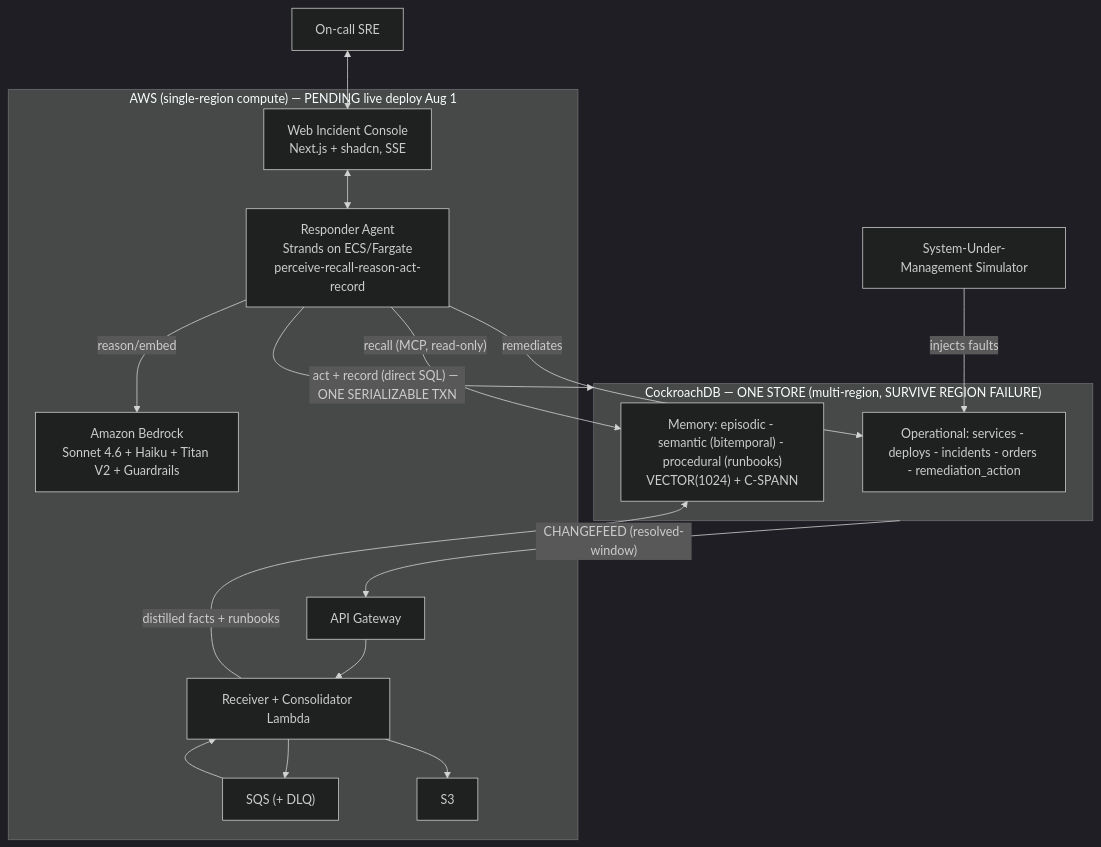
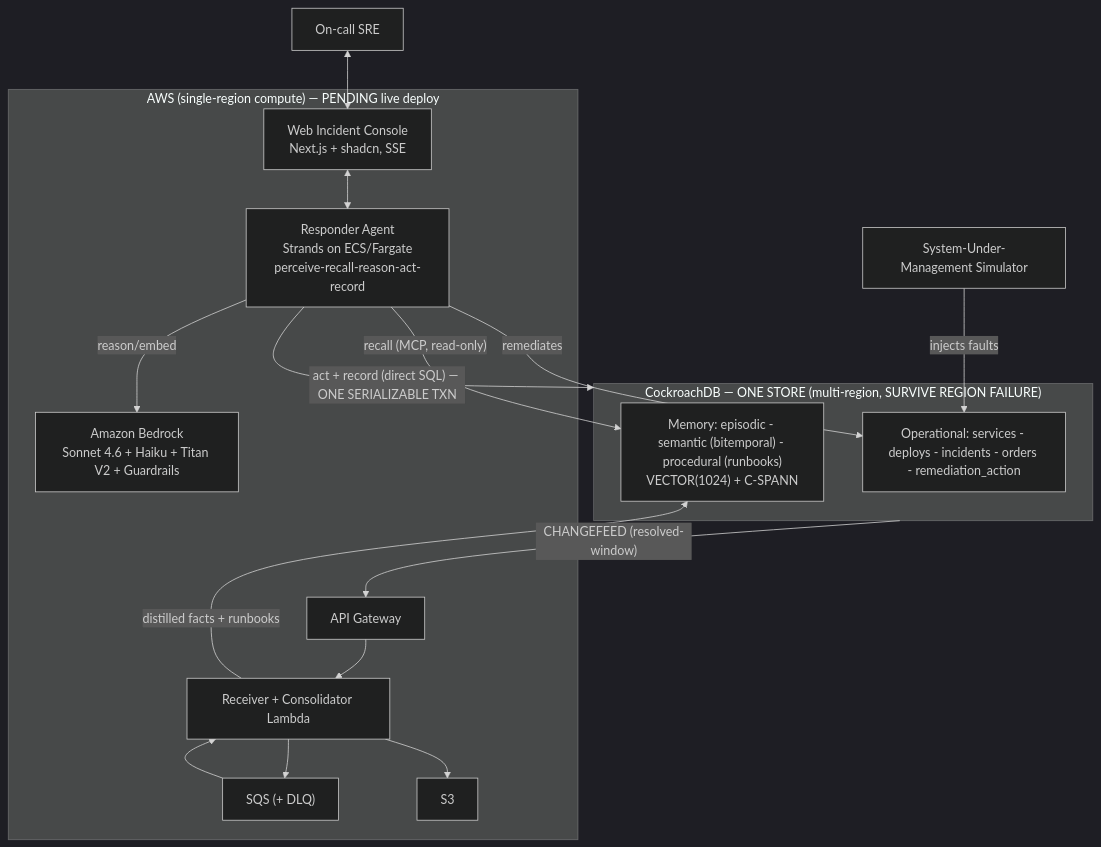
One commit to yrevash/ckdb-aws changed the diagram in README.md. Above: the diagram before and after it, drawn with Mermaid (dark theme). The commit also changed other lines of this file and 29 other files, not shown here.

First line of the commit message:
Fix AWS deploy blockers: role-scoped DSNs, egress mode, bootstrap resilience

````diff
--- a/README.md
+++ b/README.md
@@ -47,31 +47,31 @@
 ```mermaid
 flowchart TB
     SRE["On-call SRE"]
 
-    subgraph AWS["AWS (single-region compute) — PENDING live deploy Aug 1"]
+    subgraph AWS["AWS (single-region compute) — PENDING live deploy"]
         Console["Web Incident Console<br/>Next.js + shadcn, SSE"]
         Agent["Responder Agent<br/>Strands on ECS/Fargate<br/>perceive-recall-reason-act-record"]
         Bedrock["Amazon Bedrock<br/>Sonnet 4.6 + Haiku + Titan V2 + Guardrails"]
         APIGW["API Gateway"]
         Lambda["Receiver + Consolidator Lambda"]
         SQS["SQS (+ DLQ)"]
         S3["S3"]
     end
 
     subgraph CRDB["CockroachDB — ONE STORE (multi-region, SURVIVE REGION FAILURE)"]
         Memory["Memory: episodic - semantic (bitemporal) - procedural (runbooks)<br/>VECTOR(1024) + C-SPANN"]
         Ops["Operational: services - deploys - incidents - orders - remediation_action"]
     end
 
     SUM["System-Under-Management Simulator"]
 
     SRE <--> Console <--> Agent
     Agent -->|reason/embed| Bedrock
     Agent -->|"recall (MCP, read-only)"| Memory
     Agent -->|"act + record (direct SQL) — ONE SERIALIZABLE TXN"| CRDB
     SUM -->|injects faults| Ops
     Agent -->|remediates| Ops
     CRDB -->|"CHANGEFEED (resolved-window)"| APIGW --> Lambda --> SQS --> Lambda
     Lambda -->|"distilled facts + runbooks"| Memory
     Lambda --> S3
 ```
````
